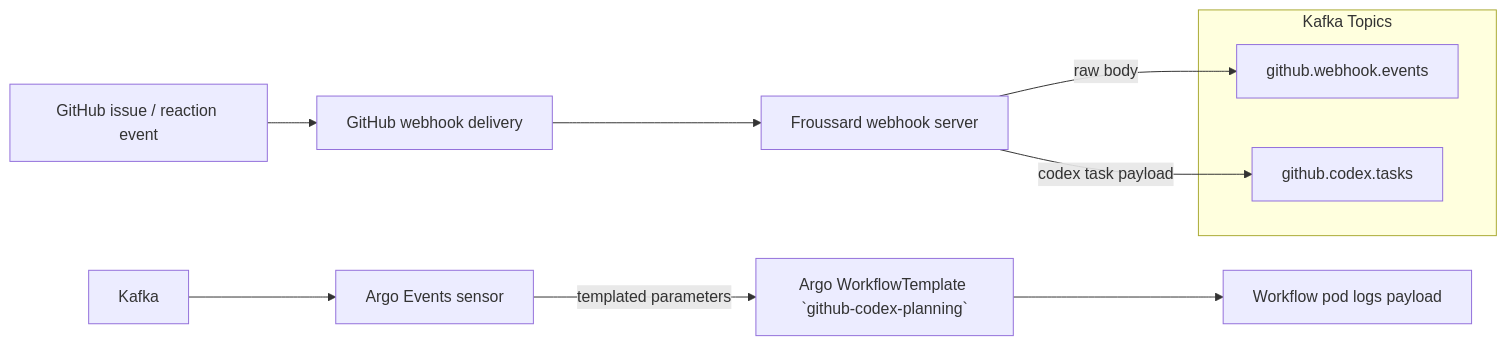
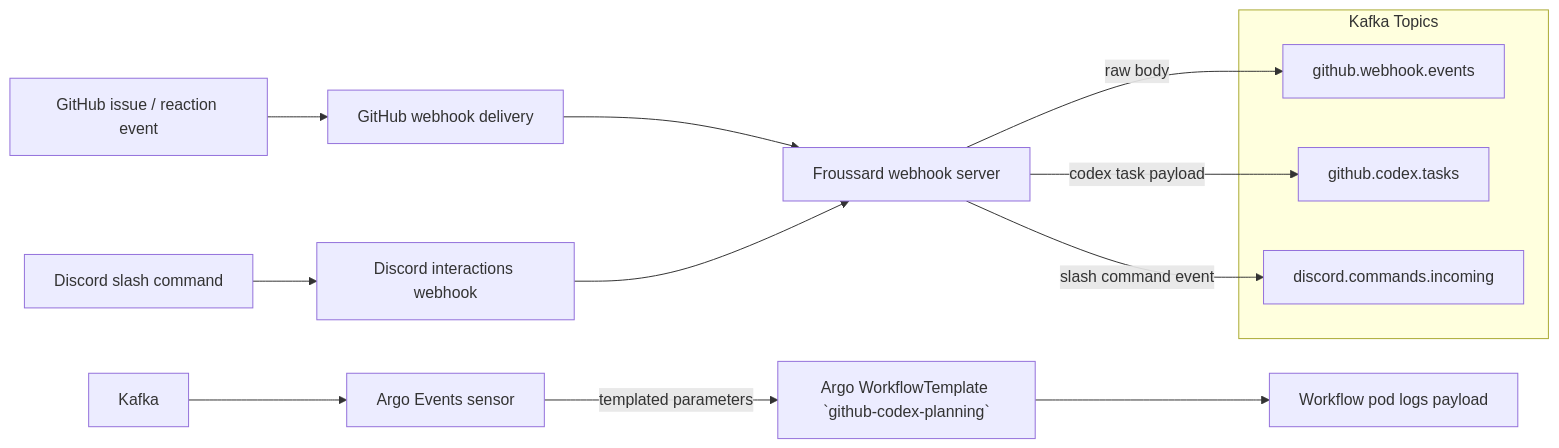
The diagram in apps/froussard/README.md (gregkonush/lab), drawn with Mermaid before and after one commit. The commit also changed other lines of this file and 17 other files, not shown here.

````diff
--- a/apps/froussard/README.md
+++ b/apps/froussard/README.md
@@ -9,14 +9,18 @@
 ```mermaid
 flowchart LR
   Issue[GitHub issue / reaction event] --> Webhook[GitHub webhook delivery]
+  Slash[Discord slash command] --> DiscordWebhook[Discord interactions webhook]
   Webhook --> Froussard[Froussard webhook server]
+  DiscordWebhook --> Froussard
   subgraph Kafka Topics
     K1[github.webhook.events]
     K2[github.codex.tasks]
+    K3[discord.commands.incoming]
   end
   Froussard -->|raw body| K1
   Froussard -->|codex task payload| K2
+  Froussard -->|slash command event| K3
   Kafka --> Sensor[Argo Events sensor]
   Sensor -->|templated parameters| Workflow[Argo WorkflowTemplate `github-codex-planning`]
   Workflow --> Pod[Workflow pod logs payload]
 ```
````
